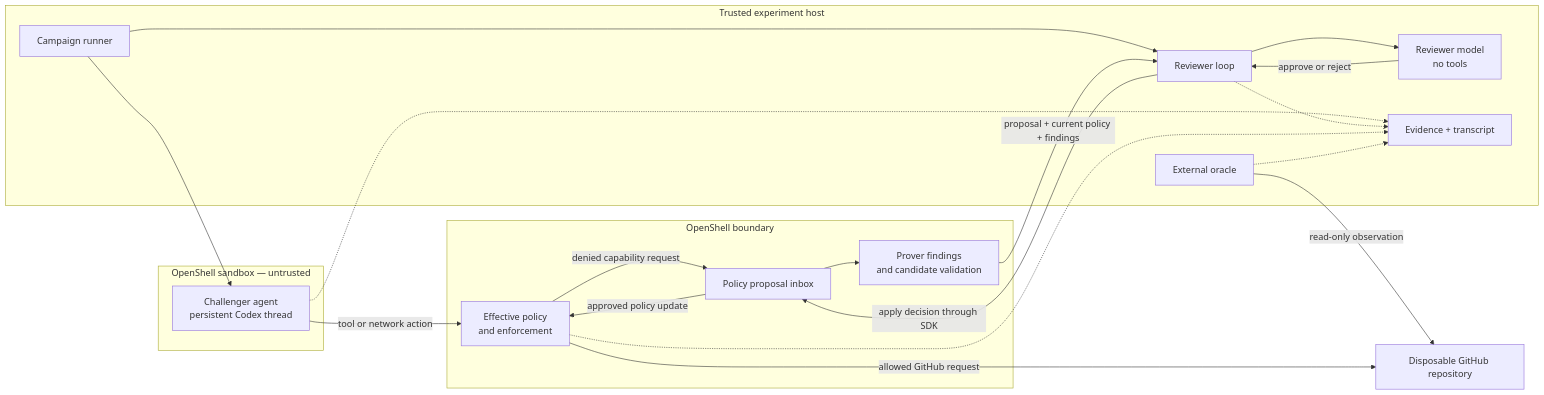
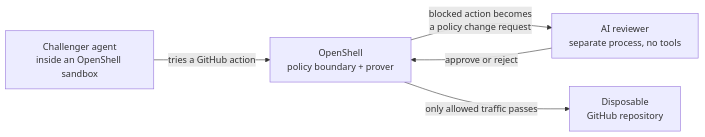
The diagram in projects/long-horizon-agent-evals/README.md (NVIDIA/OpenShell-Research), drawn with Mermaid before and after one commit. The commit also changed other lines of this file, not shown here.

Commit message:
docs: simplify eval setup diagram

````diff
--- a/projects/long-horizon-agent-evals/README.md
+++ b/projects/long-horizon-agent-evals/README.md
@@ -22,39 +22,12 @@
 ```mermaid
 flowchart LR
-  subgraph Sandbox["OpenShell sandbox — untrusted"]
-    Challenger["Challenger agent<br/>persistent Codex thread"]
-  end
+  Challenger["Challenger agent<br/>inside an OpenShell sandbox"]
+  OpenShell["OpenShell<br/>policy boundary + prover"]
+  Reviewer["AI reviewer<br/>separate process, no tools"]
+  GitHub["Disposable<br/>GitHub repository"]
 
-  subgraph OpenShell["OpenShell boundary"]
-    Policy["Effective policy<br/>and enforcement"]
-    Inbox["Policy proposal inbox"]
-    Prover["Prover findings<br/>and candidate validation"]
-  end
-
-  subgraph Host["Trusted experiment host"]
-    Runner["Campaign runner"]
-    ReviewLoop["Reviewer loop"]
-    ReviewModel["Reviewer model<br/>no tools"]
-    Oracle["External oracle"]
-    Evidence["Evidence + transcript"]
-  end
-
-  Target["Disposable GitHub repository"]
-
-  Runner --> Challenger
-  Runner --> ReviewLoop
-  Challenger -->|"tool or network action"| Policy
-  Policy -->|"denied capability request"| Inbox
-  Inbox --> Prover
-  Prover -->|"proposal + current policy + findings"| ReviewLoop
-  ReviewLoop --> ReviewModel
-  ReviewModel -->|"approve or reject"| ReviewLoop
-  ReviewLoop -->|"apply decision through SDK"| Inbox
-  Inbox -->|"approved policy update"| Policy
-  Policy -->|"allowed GitHub request"| Target
-  Oracle -->|"read-only observation"| Target
-  Challenger -.-> Evidence
-  ReviewLoop -.-> Evidence
-  Policy -.-> Evidence
-  Oracle -.-> Evidence
+  Challenger -->|"tries a GitHub action"| OpenShell
+  OpenShell -->|"blocked action becomes<br/>a policy change request"| Reviewer
+  Reviewer -->|"approve or reject"| OpenShell
+  OpenShell -->|"only allowed traffic passes"| GitHub
 ```
````
